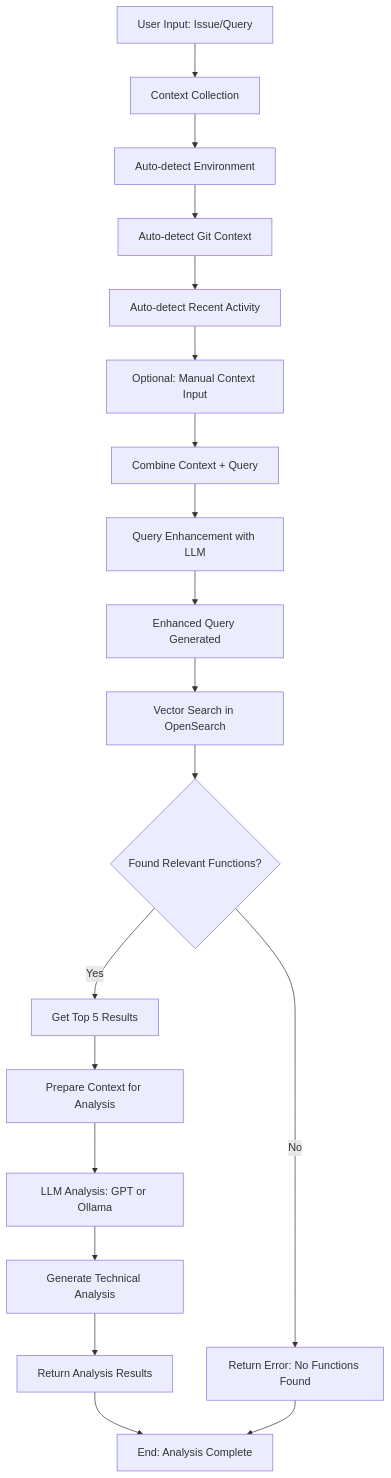
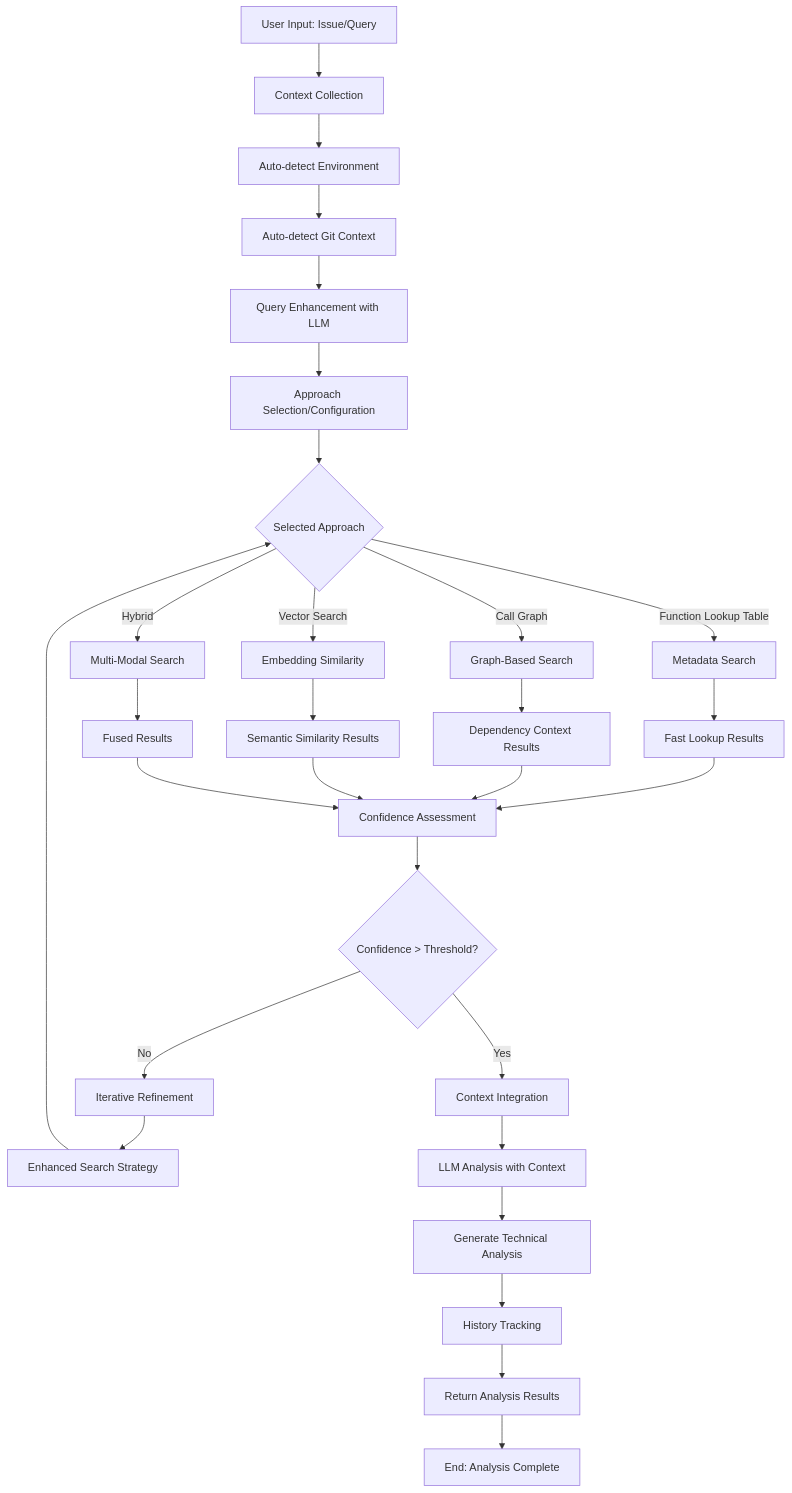
Before and after one commit to RISHABH4SAHNI/On_Call_Bot: the fifth of 5 diagrams in flows/embedding_and_issue_flow.md, drawn with Mermaid. The commit also changed other lines of this file and 2 other files, not shown here.

First line of the commit message:
Add comprehensive flow documentation

````diff
--- a/flows/embedding_and_issue_flow.md
+++ b/flows/embedding_and_issue_flow.md
@@ -43,22 +134,37 @@
 ```mermaid
 flowchart TD
     A[User Input: Issue/Query] --> B[Context Collection]
     B --> C[Auto-detect Environment]
     C --> D[Auto-detect Git Context]
-    D --> E[Auto-detect Recent Activity]
-    E --> F[Optional: Manual Context Input]
-    F --> G[Combine Context + Query]
-    G --> H[Query Enhancement with LLM]
-    H --> I[Enhanced Query Generated]
-    I --> J[Vector Search in OpenSearch]
-    J --> K{Found Relevant Functions?}
-    K -->|No| L[Return Error: No Functions Found]
-    K -->|Yes| M[Get Top 5 Results]
-    M --> N[Prepare Context for Analysis]
-    N --> O[LLM Analysis: GPT or Ollama]
-    O --> P[Generate Technical Analysis]
-    P --> Q[Return Analysis Results]
-    Q --> R[End: Analysis Complete]
+    D --> E[Query Enhancement with LLM]
+    E --> F[Approach Selection/Configuration]
+    F --> G{Selected Approach}
     
-    L --> R
+    G -->|Function Lookup Table| H[Metadata Search]
+    G -->|Call Graph| I[Graph-Based Search]
+    G -->|Vector Search| J[Embedding Similarity]
+    G -->|Hybrid| K[Multi-Modal Search]
+    
+    H --> L[Fast Lookup Results]
+    I --> M[Dependency Context Results]
+    J --> N[Semantic Similarity Results]
+    K --> O[Fused Results]
+    
+    L --> P[Confidence Assessment]
+    M --> P
+    N --> P
+    O --> P
+    
+    P --> Q{Confidence > Threshold?}
+    Q -->|No| R[Iterative Refinement]
+    Q -->|Yes| S[Context Integration]
+    
+    R --> T[Enhanced Search Strategy]
+    T --> G
+    
+    S --> U[LLM Analysis with Context]
+    U --> V[Generate Technical Analysis]
+    V --> W[History Tracking]
+    W --> X[Return Analysis Results]
+    X --> Y[End: Analysis Complete]
 ```
````
